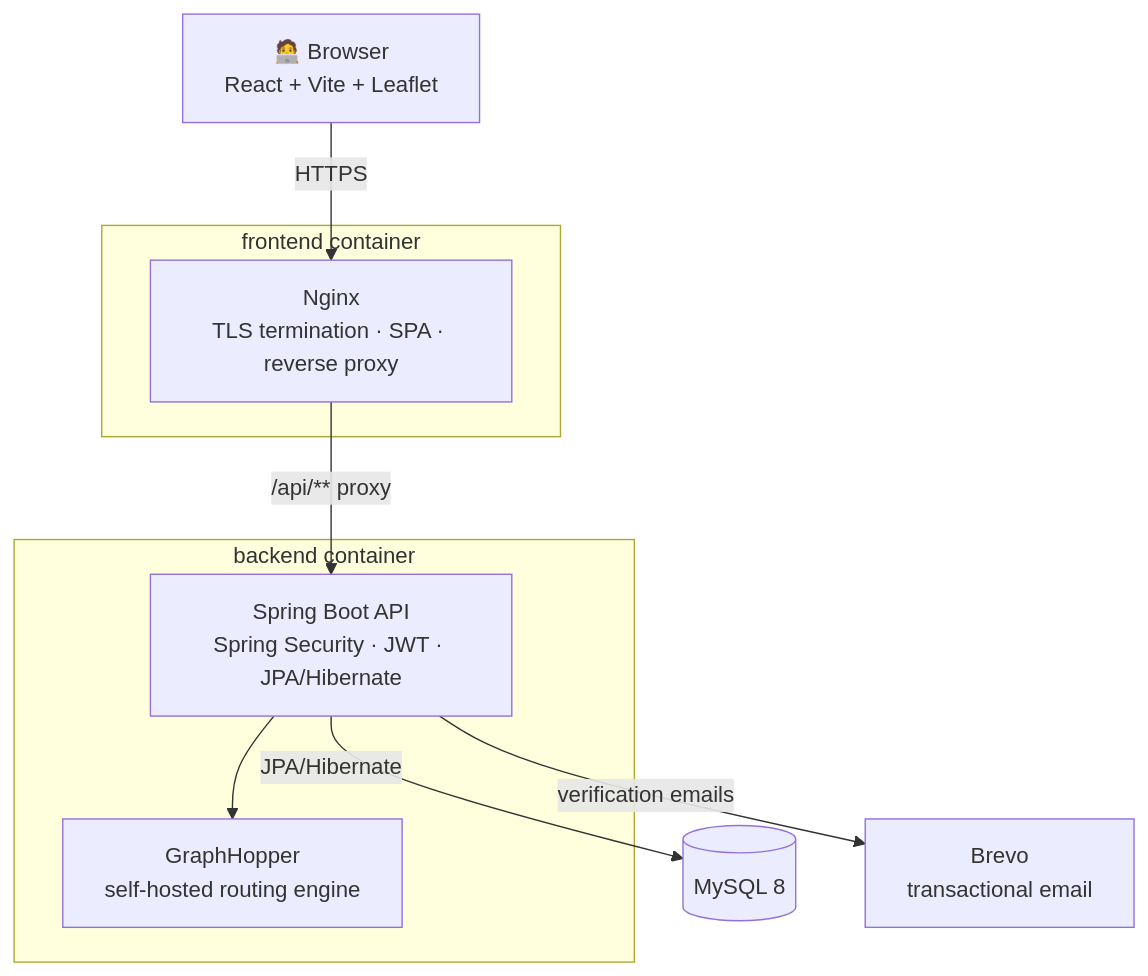
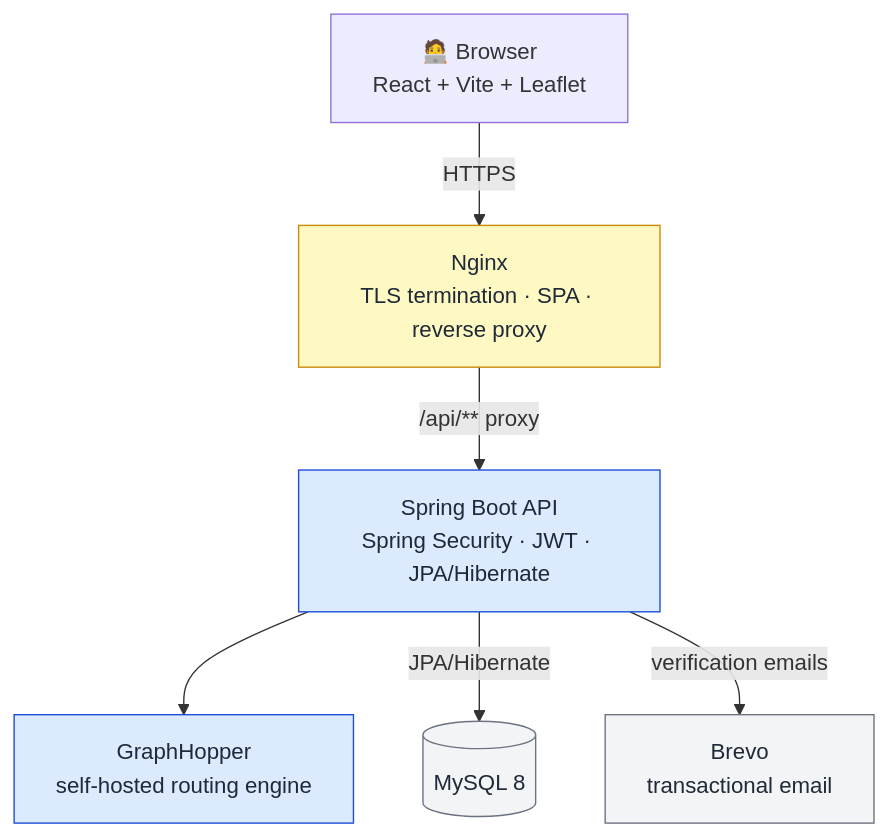
The diagram in README.md (Freeuni-OOP/final-project-chipolino), drawn with Mermaid before and after one commit. The commit also changed other lines of this file and 12 other files, not shown here.

````diff
--- a/README.md
+++ b/README.md
@@ -93,22 +94,22 @@
 ```mermaid
-graph TB
+flowchart TB
     U["🧑‍💻 Browser<br/>React + Vite + Leaflet"]
-
-    subgraph frontend_container["frontend container"]
-        N["Nginx<br/>TLS termination · SPA · reverse proxy"]
-    end
-
-    subgraph backend_container["backend container"]
-        S["Spring Boot API<br/>Spring Security · JWT · JPA/Hibernate"]
-        G["GraphHopper<br/>self-hosted routing engine"]
-    end
-
-    D[(MySQL 8)]
+    N["Nginx<br/>TLS termination · SPA · reverse proxy"]
+    S["Spring Boot API<br/>Spring Security · JWT · JPA/Hibernate"]
+    G["GraphHopper<br/>self-hosted routing engine"]
+    D[("MySQL 8")]
     BR["Brevo<br/>transactional email"]
 
-    U -- HTTPS --> N
-    N -- "/api/** proxy" --> S
+    U -->|HTTPS| N
+    N -->|"/api/** proxy"| S
     S --> G
-    S -- "JPA/Hibernate" --> D
-    S -- "verification emails" --> BR
+    S -->|JPA/Hibernate| D
+    S -->|verification emails| BR
+
+    classDef frontend fill:#fef9c3,stroke:#ca8a04,color:#1f2937
+    classDef backend fill:#dbeafe,stroke:#1d4ed8,color:#1f2937
+    classDef external fill:#f3f4f6,stroke:#6b7280,color:#1f2937
+    class N frontend
+    class S,G backend
+    class D,BR external
 ```
````
